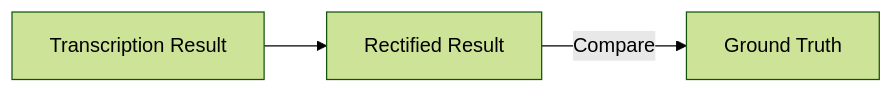
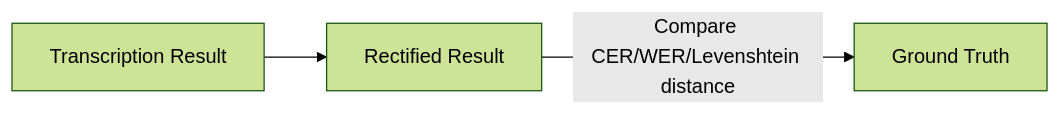
The third of 3 diagrams in index.md (Xushu-Wang/AI-powered-Historical-Text-Transcription), drawn with Mermaid (forest theme) before and after one commit.

````diff
--- a/index.md
+++ b/index.md
@@ -49,5 +49,5 @@
 ```mermaid
 flowchart LR;
     A[Transcription Result]-->B[Rectified Result];
-    B-->|Compare| C[Ground Truth];
+    B-->|Compare CER/WER/Levenshtein distance| C[Ground Truth];
 ```
````
